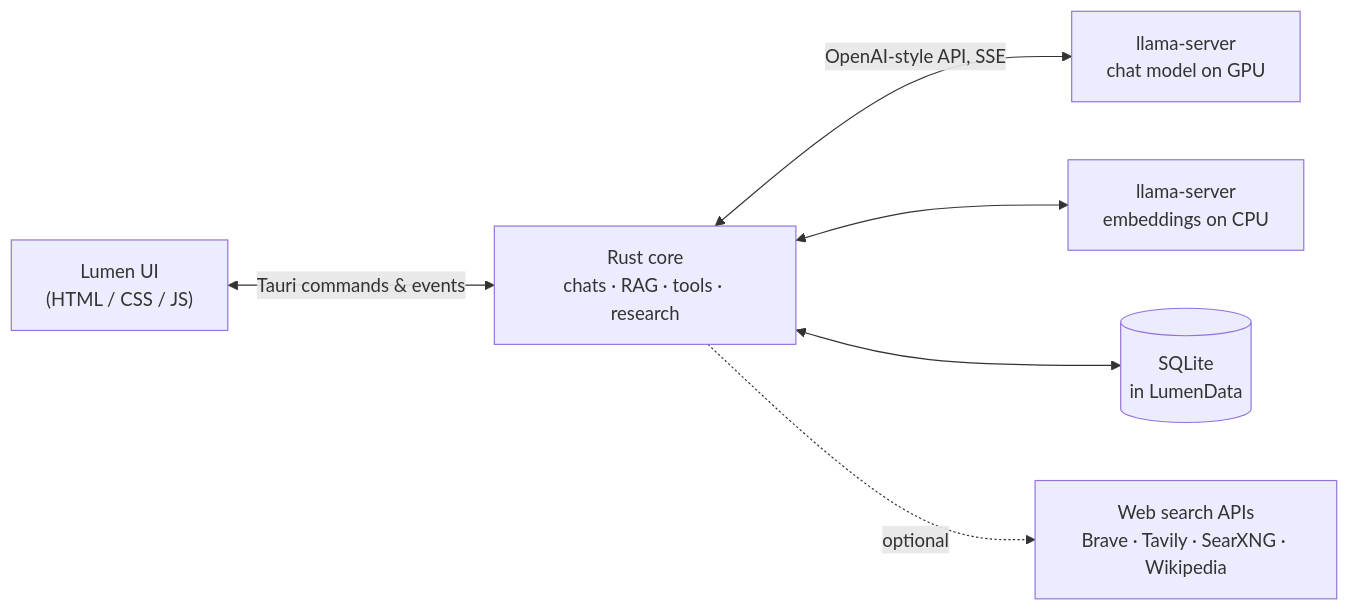
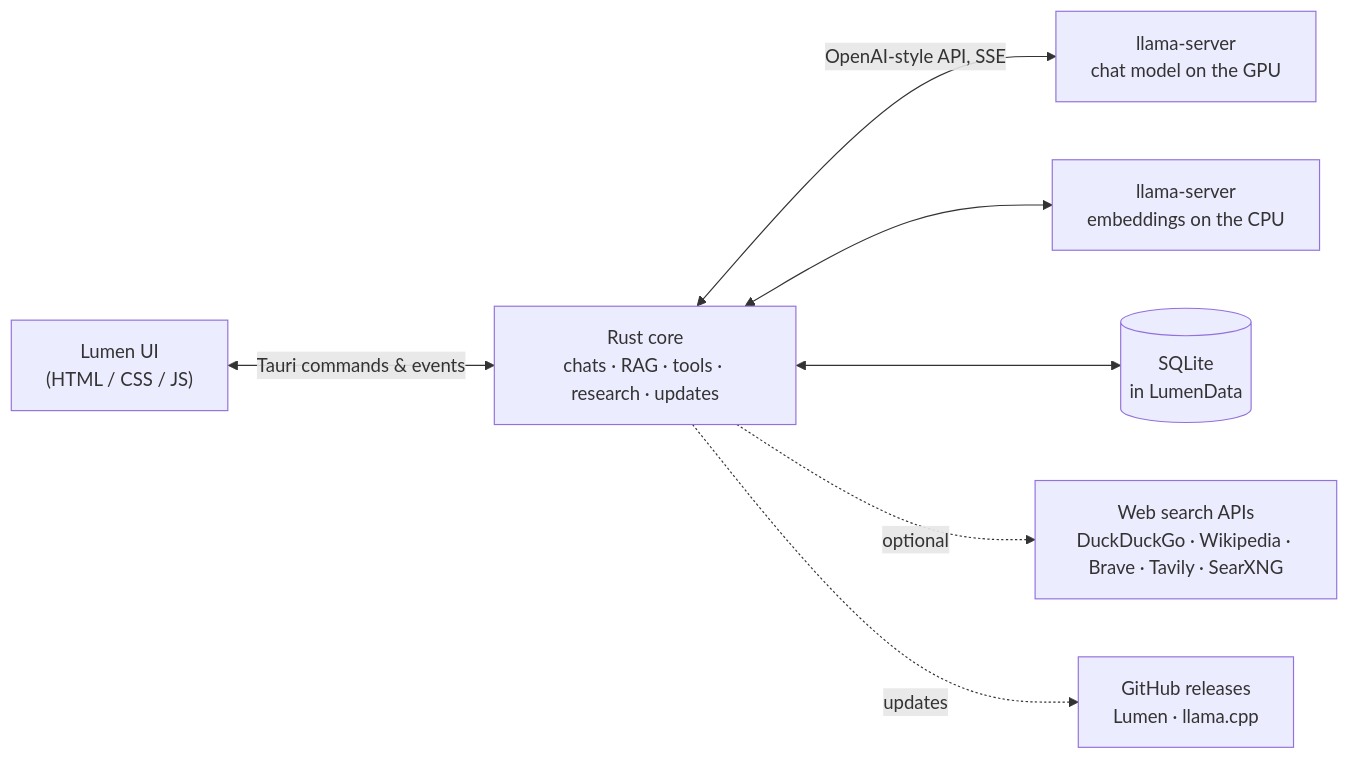
Before and after one commit to Akulav/local-ai-ui: the diagram in README.md, drawn with Mermaid. The commit also changed other lines of this file and 38 other files, not shown here.

````diff
--- a/README.md
+++ b/README.md
@@ -137,8 +133,9 @@
 ```mermaid
 flowchart LR
-    UI["Lumen UI<br/>(HTML / CSS / JS)"] <-->|Tauri commands & events| Core["Rust core<br/>chats · RAG · tools · research"]
-    Core <-->|OpenAI-style API, SSE| Chat["llama-server<br/>chat model on GPU"]
-    Core <--> Embed["llama-server<br/>embeddings on CPU"]
+    UI["Lumen UI<br/>(HTML / CSS / JS)"] <-->|Tauri commands & events| Core["Rust core<br/>chats · RAG · tools · research · updates"]
+    Core <-->|OpenAI-style API, SSE| Chat["llama-server<br/>chat model on the GPU"]
+    Core <--> Embed["llama-server<br/>embeddings on the CPU"]
     Core <--> DB[("SQLite<br/>in LumenData")]
-    Core -. optional .-> Web["Web search APIs<br/>Brave · Tavily · SearXNG · Wikipedia"]
+    Core -. optional .-> Web["Web search APIs<br/>DuckDuckGo · Wikipedia · Brave · Tavily · SearXNG"]
+    Core -. updates .-> GH["GitHub releases<br/>Lumen · llama.cpp"]
 ```
````
